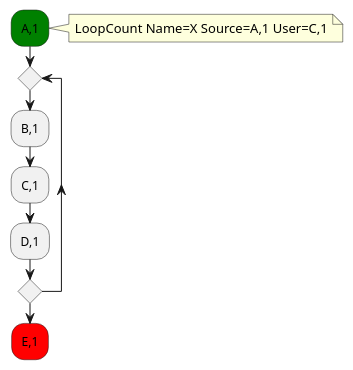
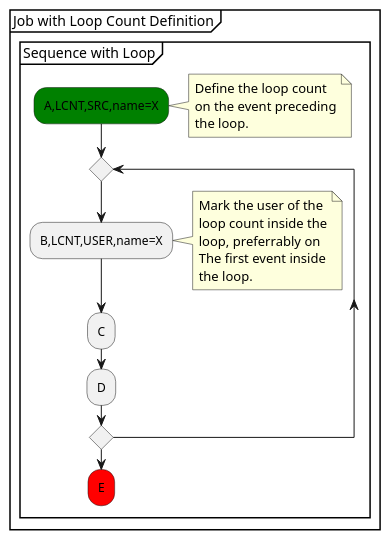
The diagram in models/SequenceVerificationDataCentric/puml/Tutorial_17.puml (xtuml/munin), drawn with PlantUML before and after one commit. The commit also changed 7 other files, not shown here.

```diff
--- a/models/SequenceVerificationDataCentric/puml/Tutorial_17.puml
+++ b/models/SequenceVerificationDataCentric/puml/Tutorial_17.puml
@@ -1,12 +1,25 @@
 @startuml
-#green:A,1;
-note right 
-  LoopCount Name=X Source=A,1 User=C,1
-end note  
-repeat
-  :B,1;
-  :C,1;
-  :D,1;
-repeat while
-#red:E,1;
+partition "Job with Loop Count Definition" {
+  group "Sequence with Loop"
+    #green:A,LCNT,SRC,name=X;
+    note right 
+      Define the loop count
+      on the event preceding
+      the loop.
+    end note
+    repeat
+      :B,LCNT,USER,name=X;
+      note right 
+        Mark the user of the
+        loop count inside the
+        loop, preferrably on
+        The first event inside
+        the loop.
+      end note
+      :C;
+      :D;
+    repeat while
+    #red:E;
+end group
+}
 @enduml
```
